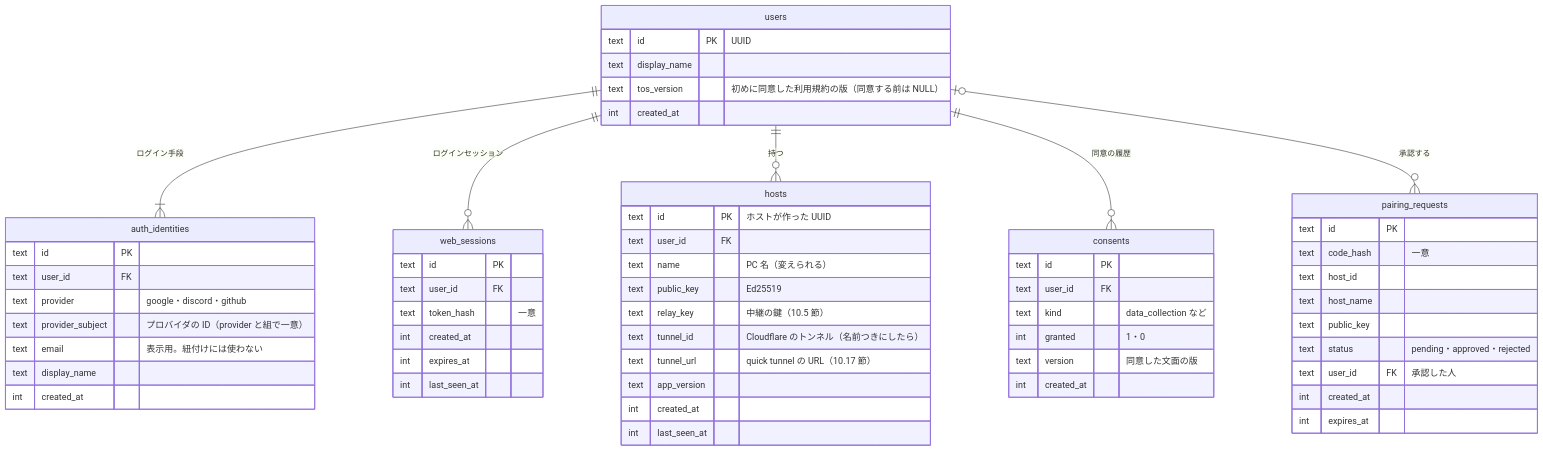
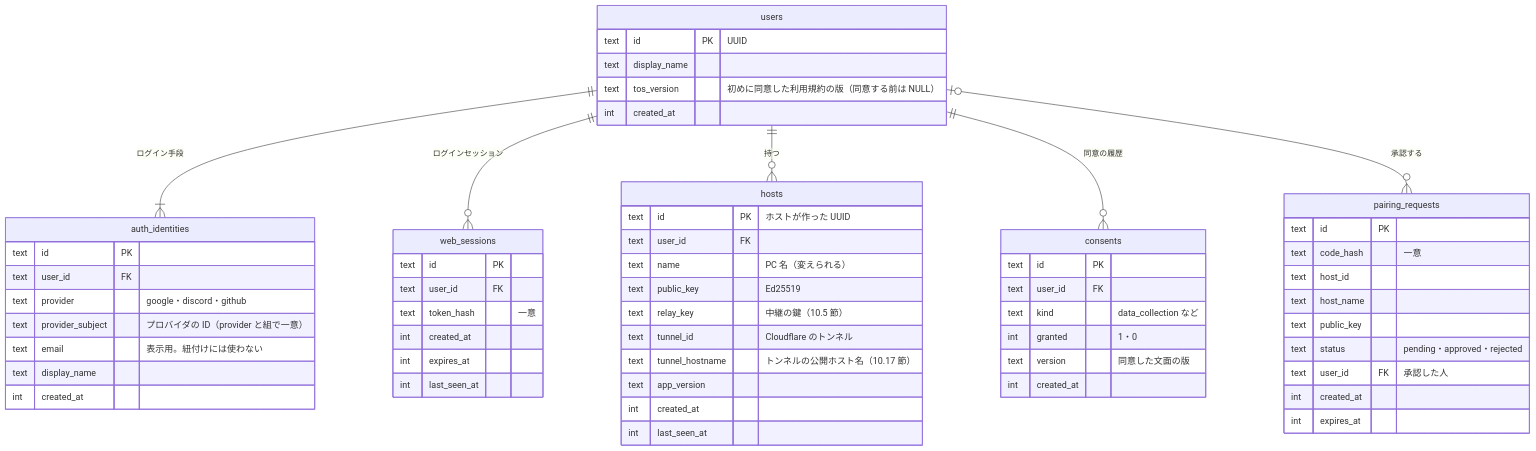
The third of 3 diagrams in docs/spec/cloud.md (Studio-Takumi/remote-whisper), drawn with Mermaid before and after one commit. The commit also changed other lines of this file, not shown here.

````diff
--- a/docs/spec/cloud.md
+++ b/docs/spec/cloud.md
@@ -141,63 +141,63 @@
 ```mermaid
 erDiagram
     users ||--|{ auth_identities : "ログイン手段"
     users ||--o{ web_sessions : "ログインセッション"
     users ||--o{ hosts : "持つ"
     users ||--o{ consents : "同意の履歴"
     users |o--o{ pairing_requests : "承認する"
 
     users {
         text id PK "UUID"
         text display_name
         text tos_version "初めに同意した利用規約の版（同意する前は NULL）"
         int created_at
     }
     auth_identities {
         text id PK
         text user_id FK
         text provider "google・discord・github"
         text provider_subject "プロバイダの ID（provider と組で一意）"
         text email "表示用。紐付けには使わない"
         text display_name
         int created_at
     }
     web_sessions {
         text id PK
         text user_id FK
         text token_hash "一意"
         int created_at
         int expires_at
         int last_seen_at
     }
     hosts {
         text id PK "ホストが作った UUID"
         text user_id FK
         text name "PC 名（変えられる）"
         text public_key "Ed25519"
         text relay_key "中継の鍵（10.5 節）"
-        text tunnel_id "Cloudflare のトンネル（名前つきにしたら）"
-        text tunnel_url "quick tunnel の URL（10.17 節）"
+        text tunnel_id "Cloudflare のトンネル"
+        text tunnel_hostname "トンネルの公開ホスト名（10.17 節）"
         text app_version
         int created_at
         int last_seen_at
     }
     pairing_requests {
         text id PK
         text code_hash "一意"
         text host_id
         text host_name
         text public_key
         text status "pending・approved・rejected"
         text user_id FK "承認した人"
         int created_at
         int expires_at
     }
     consents {
         text id PK
         text user_id FK
         text kind "data_collection など"
         int granted "1・0"
         text version "同意した文面の版"
         int created_at
     }
 ```
````
